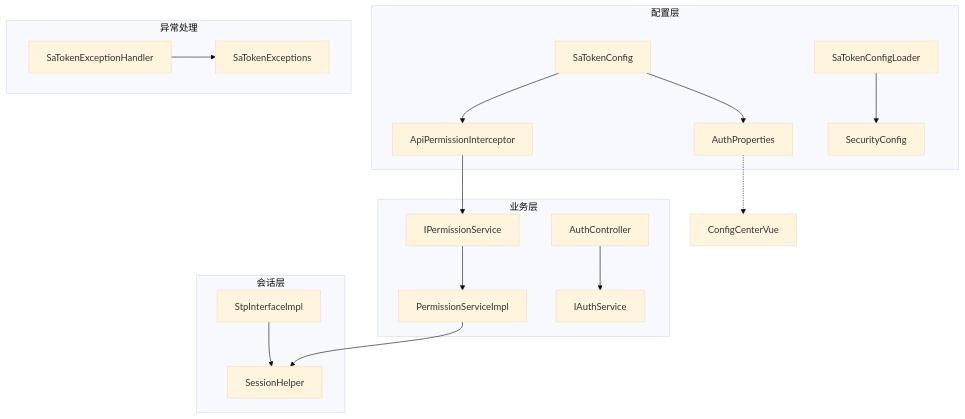
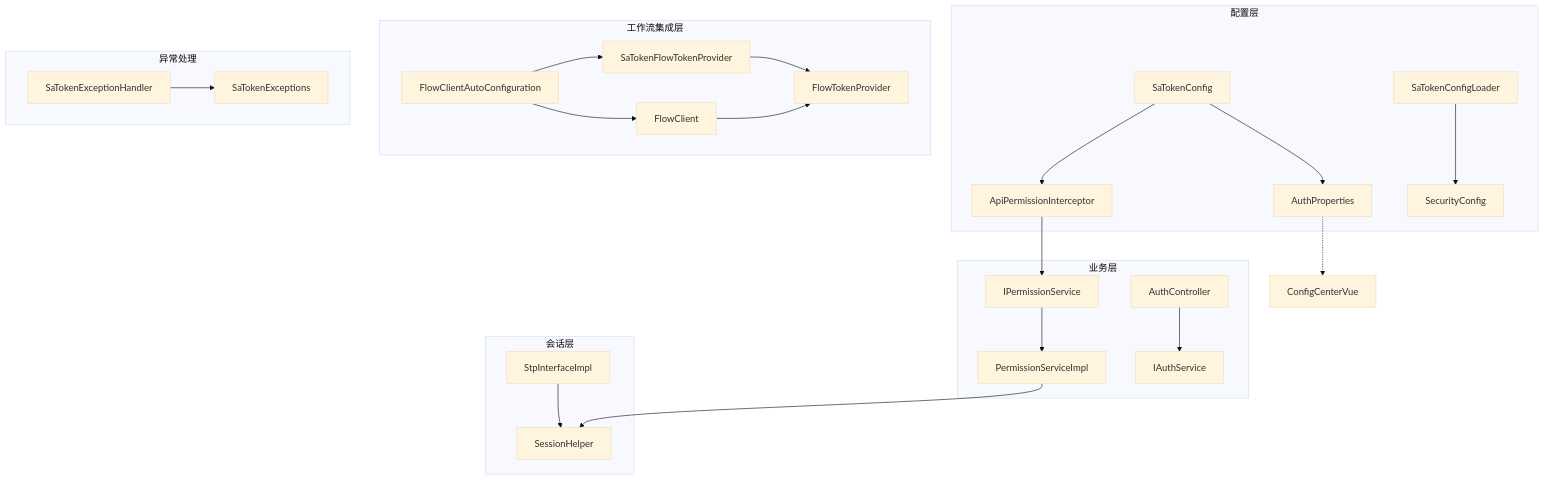
One commit to yaomindong1996/forge-admin changed the seventh of 7 diagrams in .qoder/repowiki/zh/content/后端框架详解/安全认证模块/Sa-Token集成配置.md. Above: the diagram before and after it, drawn with Mermaid (base theme). The commit also changed other lines of this file and 76 other files, not shown here.

````diff
--- a/.qoder/repowiki/zh/content/后端框架详解/安全认证模块/Sa-Token集成配置.md
+++ b/.qoder/repowiki/zh/content/后端框架详解/安全认证模块/Sa-Token集成配置.md
@@ -279,21 +379,27 @@
 ```mermaid
 graph TB
 subgraph "配置层"
 SaTokenConfig --> AuthProperties
 SaTokenConfig --> ApiPermissionInterceptor
 SaTokenConfigLoader --> SecurityConfig
 end
 subgraph "业务层"
 ApiPermissionInterceptor --> IPermissionService
 IPermissionService --> PermissionServiceImpl
 AuthController --> IAuthService
 end
 subgraph "会话层"
 StpInterfaceImpl --> SessionHelper
 PermissionServiceImpl --> SessionHelper
 end
+subgraph "工作流集成层"
+SaTokenFlowTokenProvider --> FlowTokenProvider
+FlowClientAutoConfiguration --> FlowClient
+FlowClientAutoConfiguration --> SaTokenFlowTokenProvider
+FlowClient --> FlowTokenProvider
+end
 subgraph "异常处理"
 SaTokenExceptionHandler --> SaTokenExceptions
 end
 AuthProperties -.-> ConfigCenterVue
 ```
````
